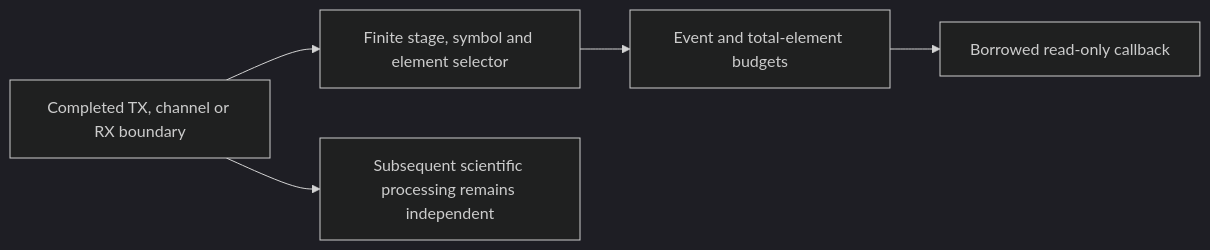
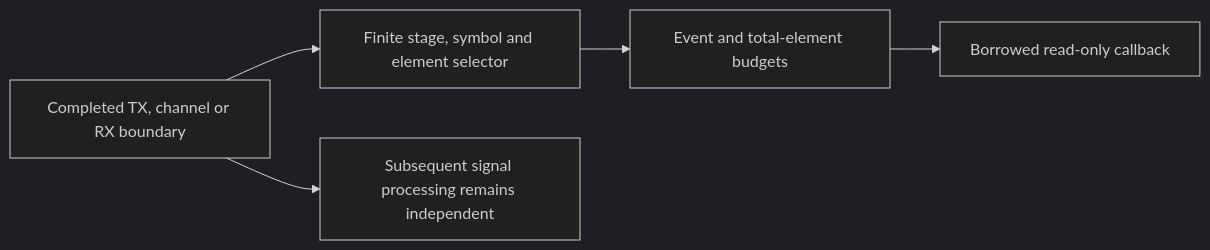
One commit to mgarcia01752/merlin changed the diagram in docs/user/waveform/observations.md. Above: the diagram before and after it, drawn with Mermaid (dark theme). The commit also changed 130 other files, not shown here.

````diff
--- a/docs/user/waveform/observations.md
+++ b/docs/user/waveform/observations.md
@@ -7,6 +7,6 @@
 ```mermaid
 flowchart LR
     RESULT["Completed TX, channel or RX boundary"] --> SELECT["Finite stage, symbol and element selector"]
     SELECT --> BUDGET["Event and total-element budgets"] --> SINK["Borrowed read-only callback"]
-    RESULT --> NEXT["Subsequent scientific processing remains independent"]
+    RESULT --> NEXT["Subsequent signal processing remains independent"]
 ```
````
